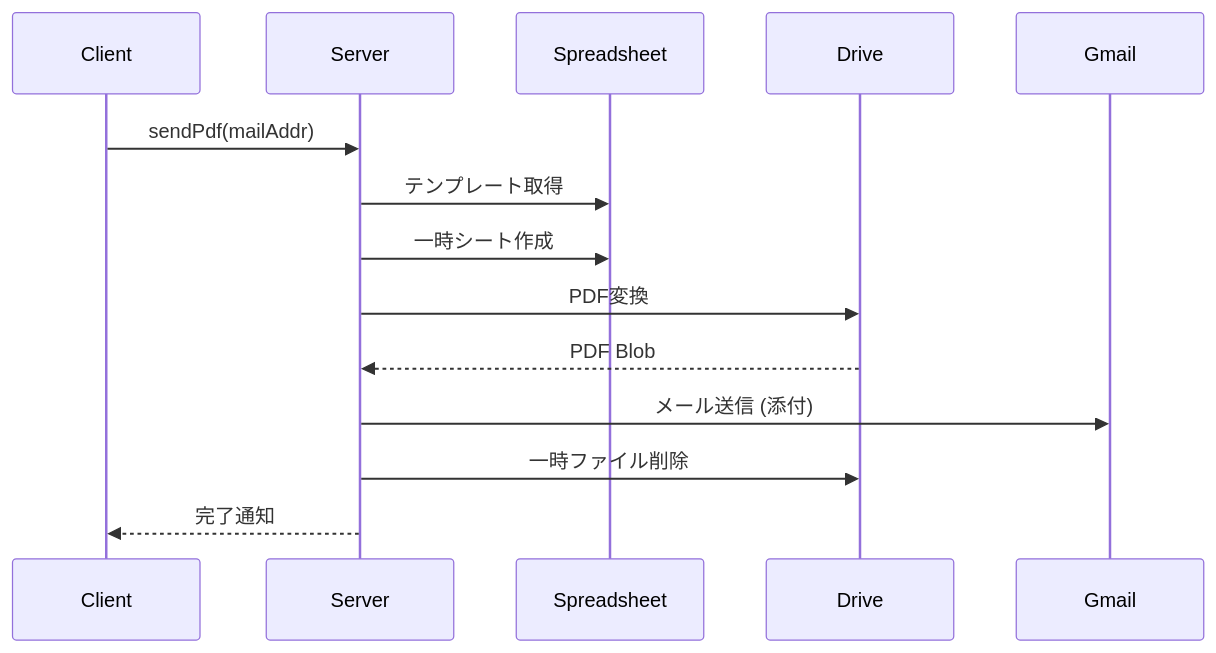
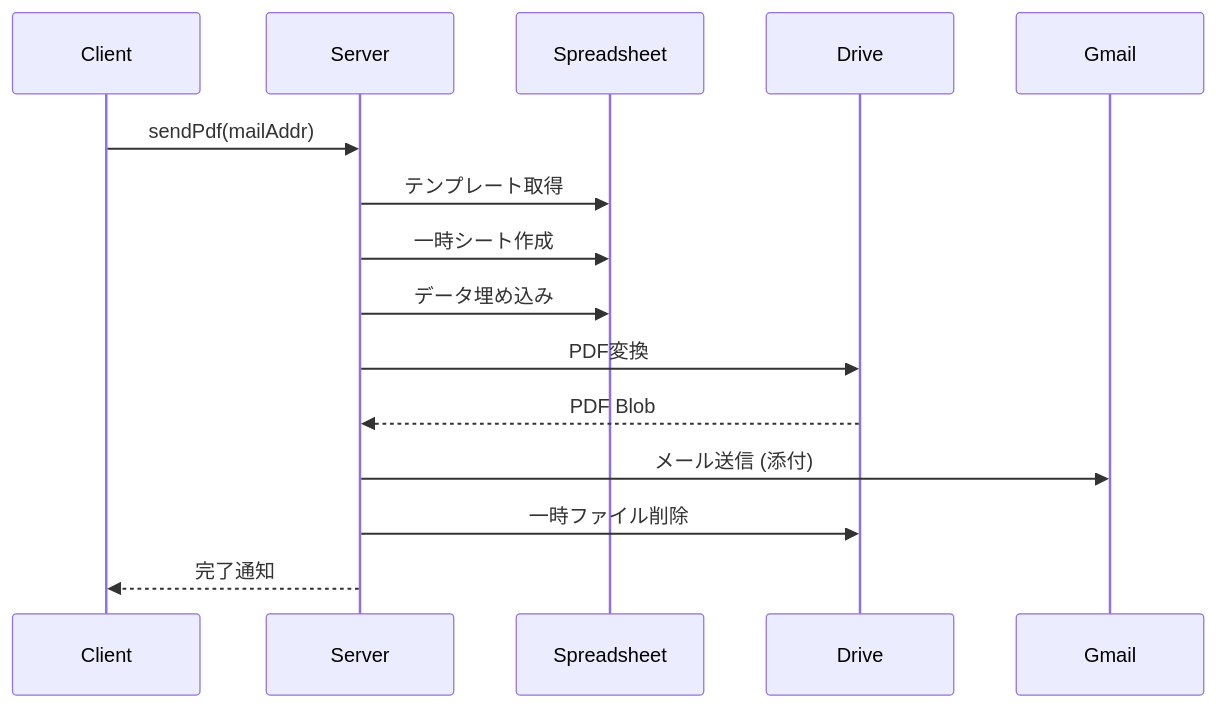
The fifth of 6 diagrams in PROGRAM_SPECIFICATION.md (suzukishigeru4b/juken-survey-public), drawn with Mermaid before and after one commit. The commit also changed other lines of this file and 6 other files, not shown here.

````diff
--- a/PROGRAM_SPECIFICATION.md
+++ b/PROGRAM_SPECIFICATION.md
@@ -270,17 +340,18 @@
 ```mermaid
 sequenceDiagram
     participant C as Client
     participant S as Server
     participant SS as Spreadsheet
     participant D as Drive
     participant M as Gmail
     
     C->>S: sendPdf(mailAddr)
     S->>SS: テンプレート取得
     S->>SS: 一時シート作成
+    S->>SS: データ埋め込み
     S->>D: PDF変換
     D-->>S: PDF Blob
     S->>M: メール送信 (添付)
     S->>D: 一時ファイル削除
     S-->>C: 完了通知
 ```
````
